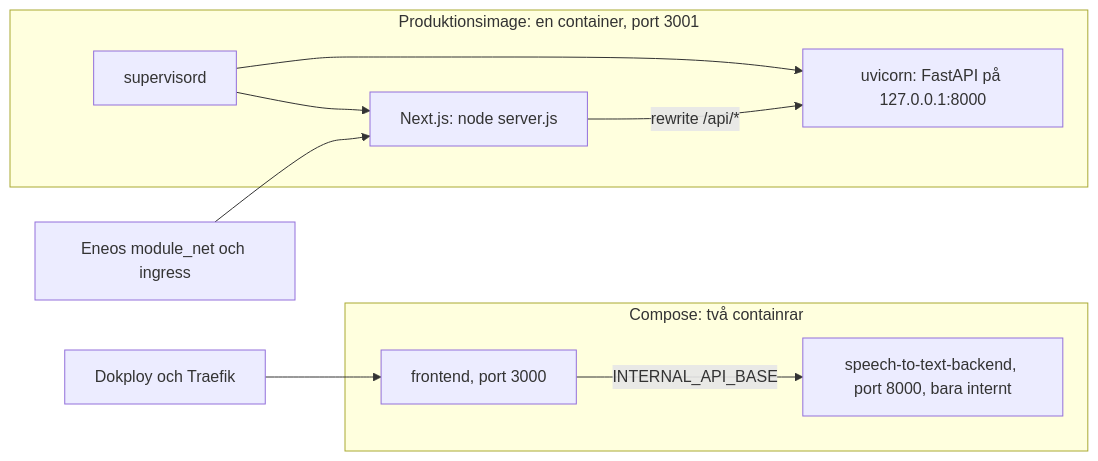
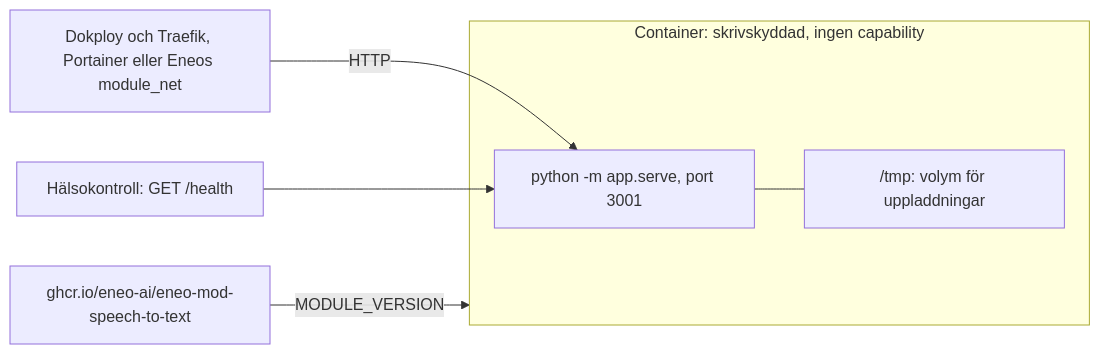
The sixth of 8 diagrams in docs/architecture.md (eneo-ai/eneo-mod-speech-to-text), drawn with Mermaid before and after one commit. The commit also changed other lines of this file and 14 other files, not shown here.

````diff
--- a/docs/architecture.md
+++ b/docs/architecture.md
@@ -155,18 +138,11 @@
 ```mermaid
 flowchart LR
-    subgraph image["Produktionsimage: en container, port 3001"]
-        sup["supervisord"]
-        node["Next.js: node server.js"]
-        uv["uvicorn: FastAPI på 127.0.0.1:8000"]
-        sup --> node
-        sup --> uv
-        node -->|"rewrite /api/*"| uv
+    reg["ghcr.io/eneo-ai/eneo-mod-speech-to-text"] -->|"MODULE_VERSION"| c
+    subgraph c["Container: skrivskyddad, ingen capability"]
+        serve["python -m app.serve, port 3001"]
+        spool["/tmp: volym för uppladdningar"]
+        serve --- spool
     end
-    subgraph compose["Compose: två containrar"]
-        fe["frontend, port 3000"]
-        be["speech-to-text-backend, port 8000, bara internt"]
-        fe -->|"INTERNAL_API_BASE"| be
-    end
-    eneonet["Eneos module_net och ingress"] --> node
-    dokploy["Dokploy och Traefik"] --> fe
+    proxy["Dokploy och Traefik, Portainer eller Eneos module_net"] -->|"HTTP"| serve
+    health["Hälsokontroll: GET /health"] --> serve
 ```
````
